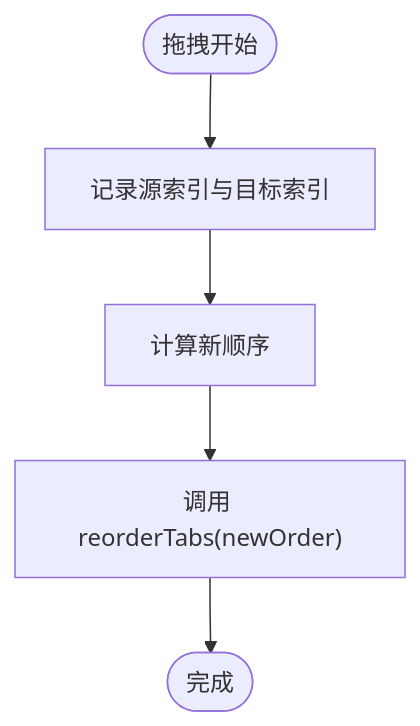
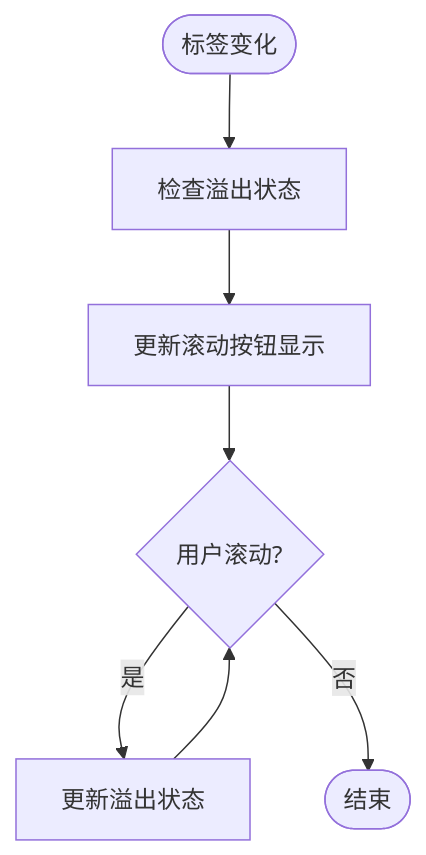
Before and after one commit to taoweidong/Hello-Tauri: the seventh of 7 diagrams in .qoder/repowiki/zh/content/用户界面/核心组件/工作区组件/标签栏组件.md, drawn with Mermaid. The commit also changed other lines of this file and 67 other files, not shown here.

````diff
--- a/.qoder/repowiki/zh/content/用户界面/核心组件/工作区组件/标签栏组件.md
+++ b/.qoder/repowiki/zh/content/用户界面/核心组件/工作区组件/标签栏组件.md
@@ -325,7 +431,9 @@
 ```mermaid
 flowchart TD
-Start(["拖拽开始"]) --> Drag["记录源索引与目标索引"]
-Drag --> Update["计算新顺序"]
-Update --> Reorder["调用 reorderTabs(newOrder)"]
-Reorder --> End(["完成"])
+Start(["标签变化"]) --> CheckOverflow["检查溢出状态"]
+CheckOverflow --> UpdateButtons["更新滚动按钮显示"]
+UpdateButtons --> ScrollEvent{"用户滚动?"}
+ScrollEvent --> |是| UpdateState["更新溢出状态"]
+ScrollEvent --> |否| End(["结束"])
+UpdateState --> ScrollEvent
 ```
````
